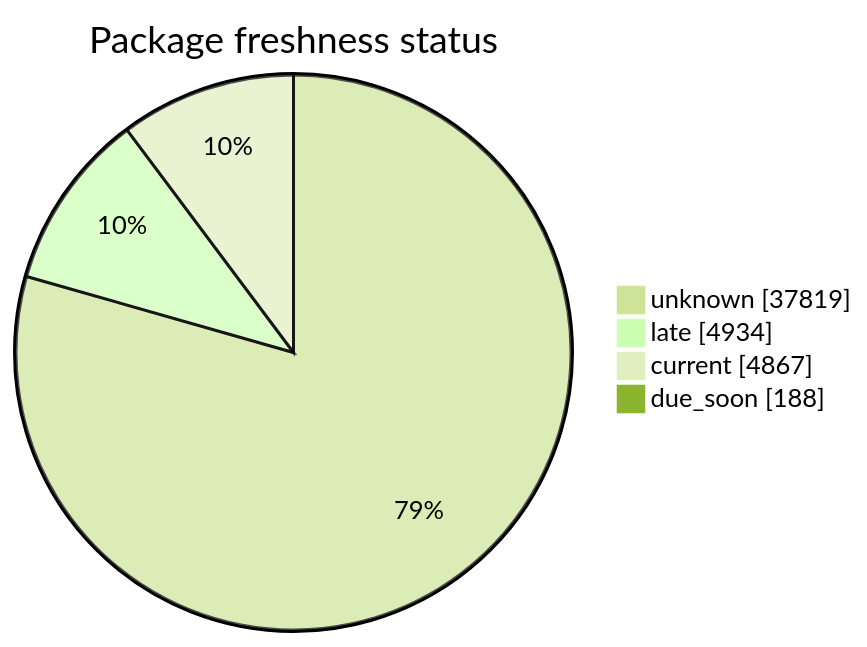
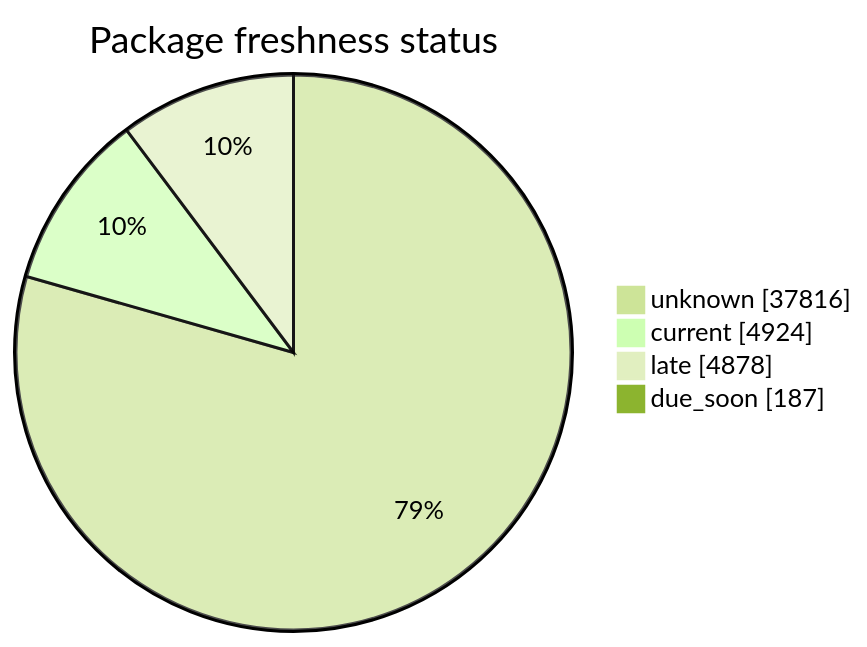
Before and after one commit to open-data/analytics-corporate-reporting: the second of 5 diagrams in FreshCheck/README.md, drawn with Mermaid (forest theme). The commit also changed other lines of this file and 3 other files, not shown here.

````diff
--- a/FreshCheck/README.md
+++ b/FreshCheck/README.md
@@ -68,7 +68,7 @@
 ```mermaid
 pie showData title Package freshness status
-    "unknown": 37819
-    "late": 4934
-    "current": 4867
-    "due_soon": 188
+    "unknown": 37816
+    "current": 4924
+    "late": 4878
+    "due_soon": 187
 ```
````
